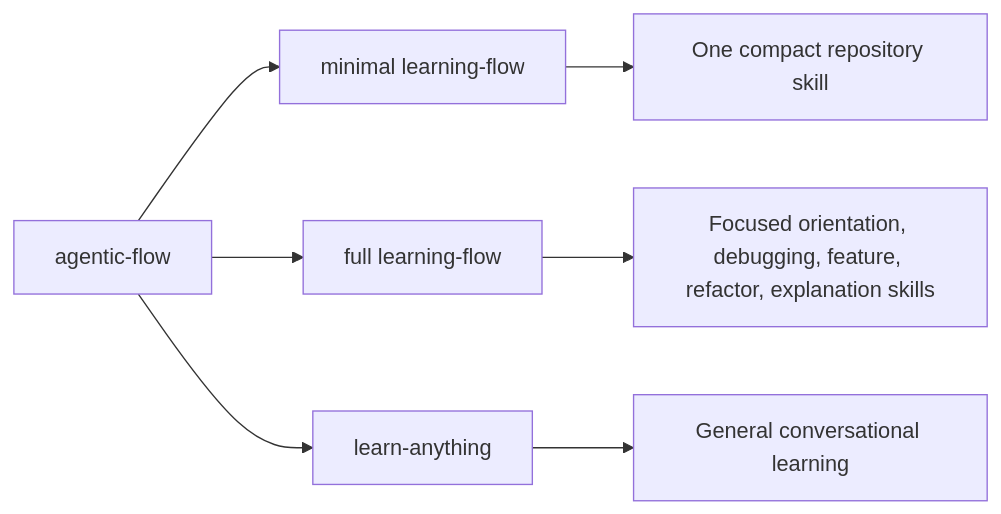
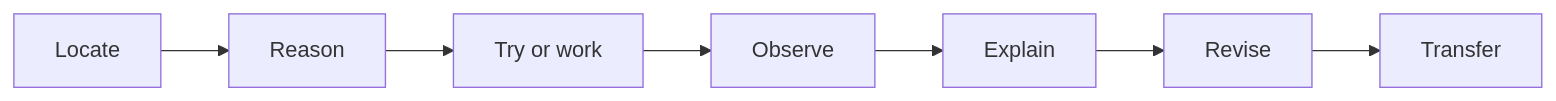
The second of 2 diagrams in README.md (legrab/codebase-learning-flow), drawn with Mermaid before and after one commit. The commit also changed other lines of this file and 10 other files, not shown here.

Commit message:
chore: compact skills and readmes

````diff
--- a/README.md
+++ b/README.md
@@ -257,9 +119,9 @@
 ```mermaid
 flowchart LR
-    C[agentic-flow] --> M[minimal learning-flow]
-    C --> F[full learning-flow]
-    C --> G[learn-anything]
-    M --> P1[One compact repository skill]
-    F --> P2[Focused orientation, debugging, feature, refactor, explanation skills]
-    G --> P3[General conversational learning]
+    S[Locate] --> R[Reason]
+    R --> T[Try or work]
+    T --> O[Observe]
+    O --> E[Explain]
+    E --> V[Revise]
+    V --> X[Transfer]
 ```
````
